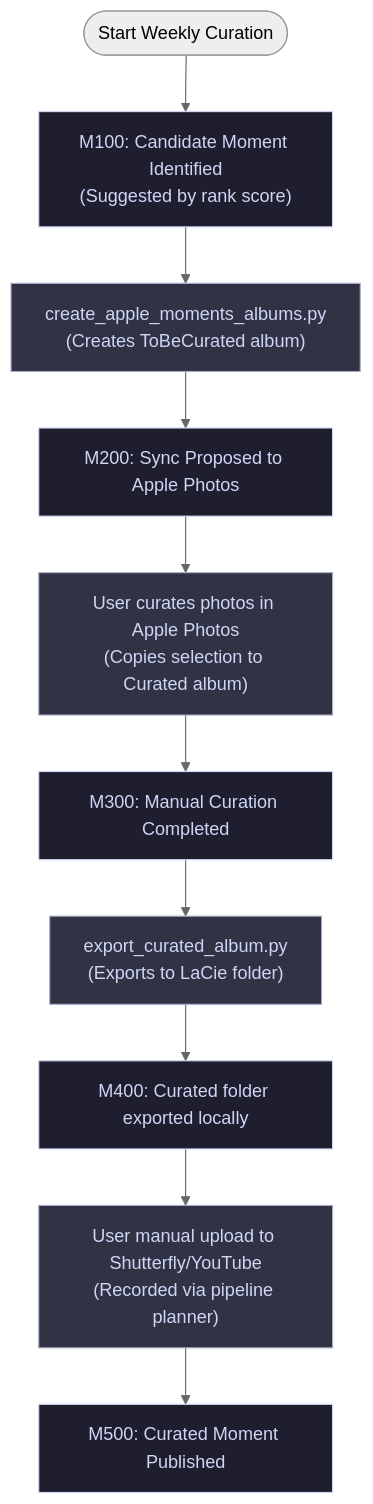
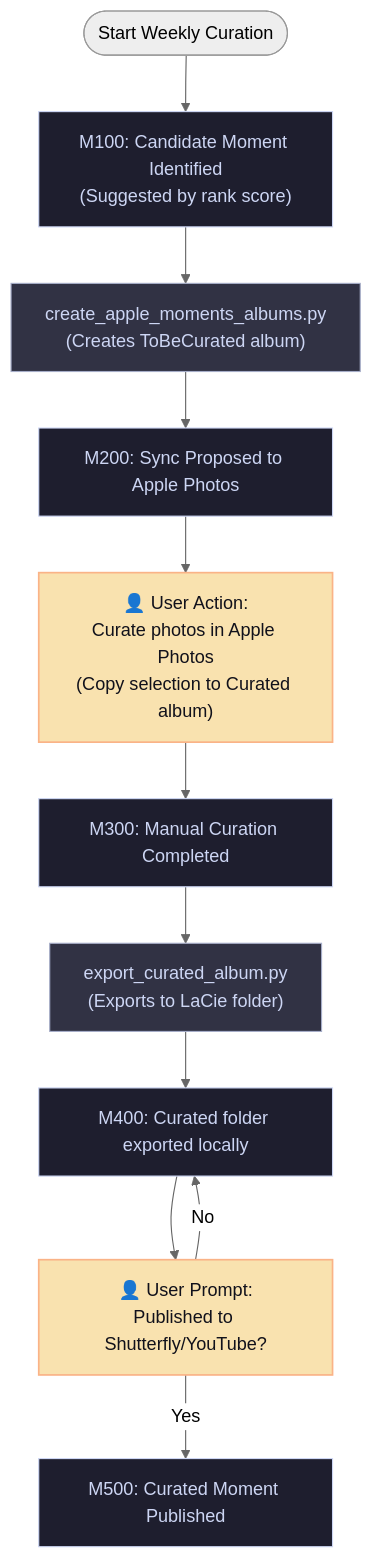
Before and after one commit to nickolaycohen/media-organizer-pipeline: the second of 2 diagrams in docs/architectere_diagram.md, drawn with Mermaid (neutral theme). The commit also changed other lines of this file and 1 other file, not shown here.

Commit message:
Update architecture diagrams to clearly mark user prompt and action points.

````diff
--- a/docs/architectere_diagram.md
+++ b/docs/architectere_diagram.md
@@ -57,19 +71,21 @@
 ```mermaid
 flowchart TD
     classDef state fill:#1e1e2e,stroke:#cdd6f4,stroke-width:1px,color:#cdd6f4;
     classDef action fill:#313244,stroke:#a6adc8,stroke-width:1px,color:#cdd6f4;
+    classDef prompt fill:#f9e2af,stroke:#fab387,stroke-width:1.5px,color:#11111b;
     
     Start([Start Weekly Curation]) --> T2_M100["M100: Candidate Moment Identified\n(Suggested by rank score)"]:::state
     
     T2_M100 --> Act_Sync["create_apple_moments_albums.py\n(Creates ToBeCurated album)"]:::action
     Act_Sync --> T2_M200["M200: Sync Proposed to Apple Photos"]:::state
     
-    T2_M200 --> Act_Manual["User curates photos in Apple Photos\n(Copies selection to Curated album)"]:::action
+    T2_M200 --> Act_Manual["👤 User Action:<br/>Curate photos in Apple Photos<br/>(Copy selection to Curated album)"]:::prompt
     Act_Manual --> T2_M300["M300: Manual Curation Completed"]:::state
     
     T2_M300 --> Act_Export["export_curated_album.py\n(Exports to LaCie folder)"]:::action
     Act_Export --> T2_M400["M400: Curated folder exported locally"]:::state
     
-    T2_M400 --> Act_Publish["User manual upload to Shutterfly/YouTube\n(Recorded via pipeline planner)"]:::action
-    Act_Publish --> T2_M500["M500: Curated Moment Published"]:::state
+    T2_M400 --> Prompt_Publish["👤 User Prompt:<br/>Published to Shutterfly/YouTube?"]:::prompt
+    Prompt_Publish -- "Yes" --> T2_M500["M500: Curated Moment Published"]:::state
+    Prompt_Publish -- "No" --> T2_M400
 ```
````
